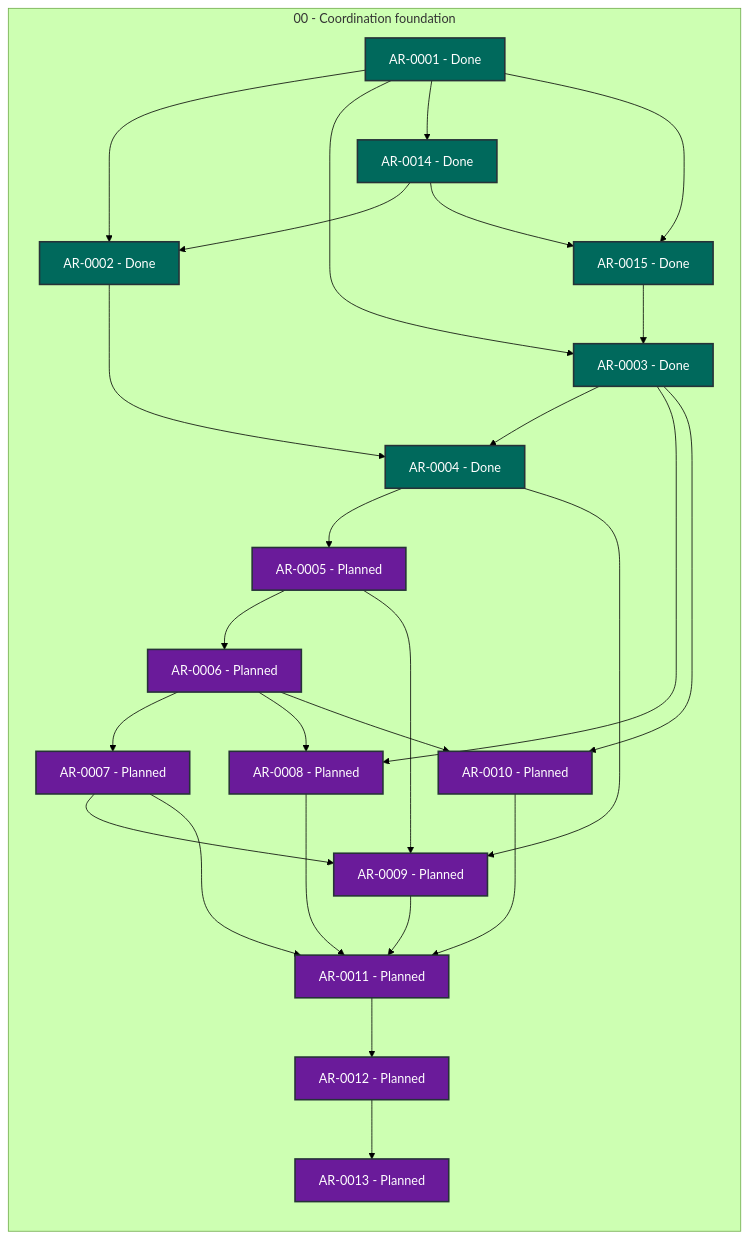
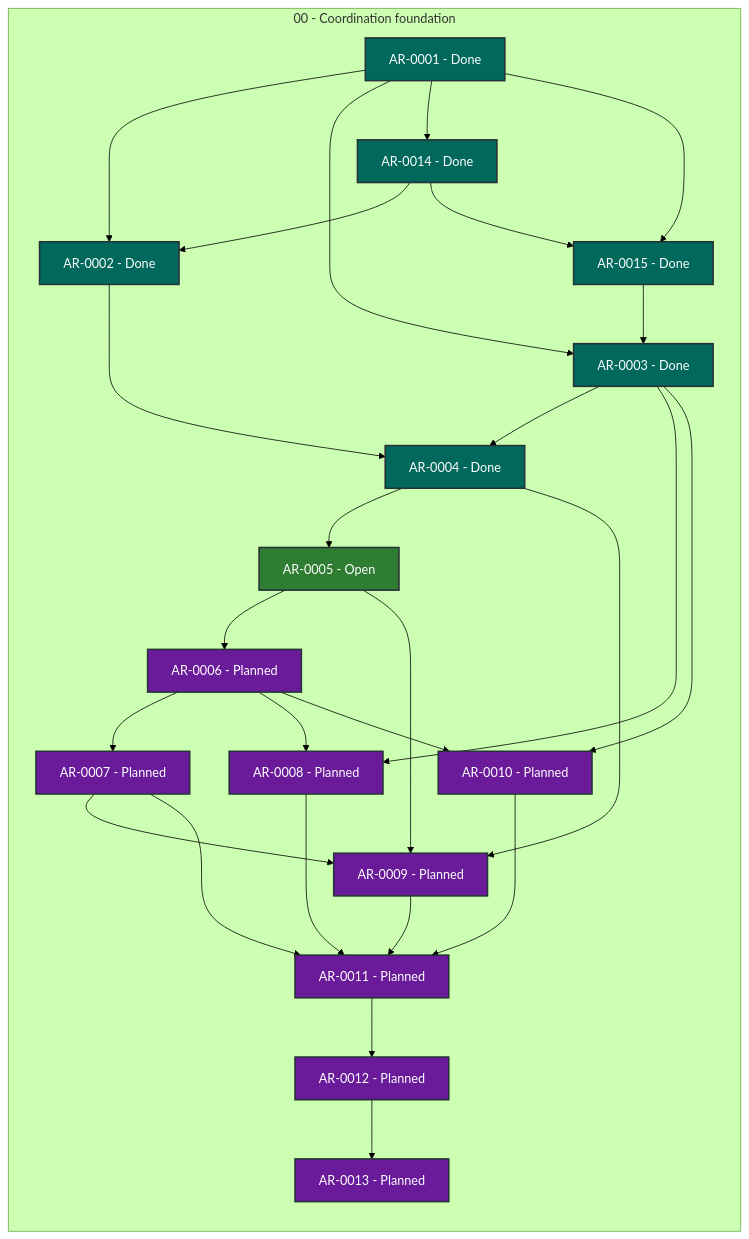
Before and after one commit to martin-beck/agent-workflow-tui-state: the diagram in STATUS.md, drawn with Mermaid (forest theme). The commit also changed other lines of this file and 2 other files, not shown here.

````diff
--- a/STATUS.md
+++ b/STATUS.md
@@ -27,54 +27,54 @@
 ```mermaid
 flowchart LR
     subgraph series_00["00 - Coordination foundation"]
         direction TB
         AR_0001["AR-0001 - Done"]:::status_done
         AR_0002["AR-0002 - Done"]:::status_done
         AR_0003["AR-0003 - Done"]:::status_done
         AR_0004["AR-0004 - Done"]:::status_done
-        AR_0005["AR-0005 - Planned"]:::status_planned
+        AR_0005["AR-0005 - Open"]:::status_open
         AR_0006["AR-0006 - Planned"]:::status_planned
         AR_0007["AR-0007 - Planned"]:::status_planned
         AR_0008["AR-0008 - Planned"]:::status_planned
         AR_0009["AR-0009 - Planned"]:::status_planned
         AR_0010["AR-0010 - Planned"]:::status_planned
         AR_0011["AR-0011 - Planned"]:::status_planned
         AR_0012["AR-0012 - Planned"]:::status_planned
         AR_0013["AR-0013 - Planned"]:::status_planned
         AR_0014["AR-0014 - Done"]:::status_done
         AR_0015["AR-0015 - Done"]:::status_done
     end
     AR_0001 --> AR_0002
     AR_0001 --> AR_0003
     AR_0001 --> AR_0014
     AR_0001 --> AR_0015
     AR_0002 --> AR_0004
     AR_0003 --> AR_0004
     AR_0003 --> AR_0008
     AR_0003 --> AR_0010
     AR_0004 --> AR_0005
     AR_0004 --> AR_0009
     AR_0005 --> AR_0006
     AR_0005 --> AR_0009
     AR_0006 --> AR_0007
     AR_0006 --> AR_0008
     AR_0006 --> AR_0010
     AR_0007 --> AR_0009
     AR_0007 --> AR_0011
     AR_0008 --> AR_0011
     AR_0009 --> AR_0011
     AR_0010 --> AR_0011
     AR_0011 --> AR_0012
     AR_0012 --> AR_0013
     AR_0014 --> AR_0002
     AR_0014 --> AR_0015
     AR_0015 --> AR_0003
     classDef status_in_progress fill:#1565c0,color:#ffffff,stroke:#263238,stroke-width:2px
     classDef status_open fill:#2e7d32,color:#ffffff,stroke:#263238,stroke-width:2px
     classDef status_blocked fill:#c62828,color:#ffffff,stroke:#263238,stroke-width:2px
     classDef status_planned fill:#6a1b9a,color:#ffffff,stroke:#263238,stroke-width:2px
     classDef status_future fill:#455a64,color:#ffffff,stroke:#263238,stroke-width:2px
     classDef status_done fill:#00695c,color:#ffffff,stroke:#263238,stroke-width:2px
     classDef status_cancelled fill:#616161,color:#ffffff,stroke:#263238,stroke-width:2px
     classDef status_superseded fill:#5d4037,color:#ffffff,stroke:#263238,stroke-width:2px
 ```
````
